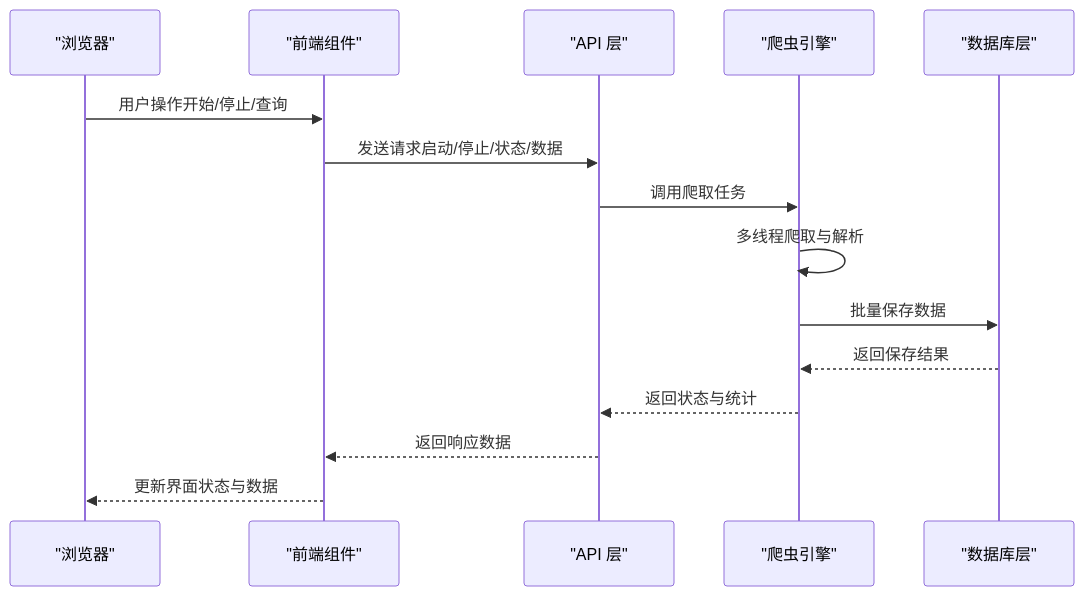
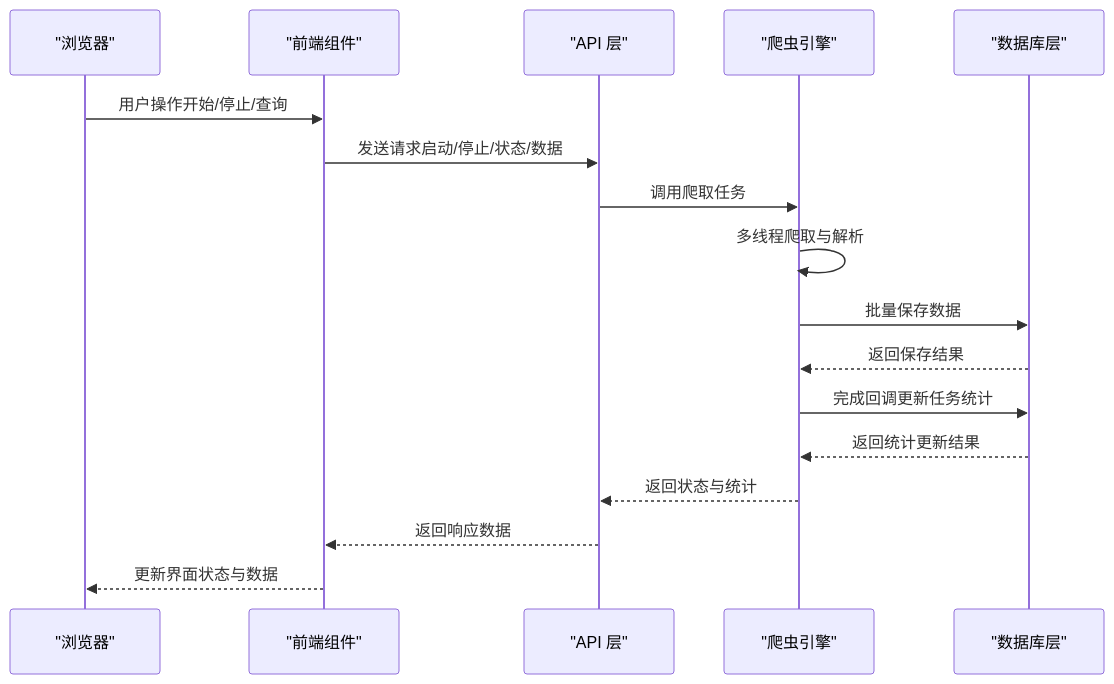
One commit to pxc12345/crawler-vue3 changed the second of 7 diagrams in .qoder/repowiki/zh/content/系统架构/后端架构/爬虫引擎集成.md. Above: the diagram before and after it, drawn with Mermaid. The commit also changed other lines of this file and 12 other files, not shown here.

````diff
--- a/.qoder/repowiki/zh/content/系统架构/后端架构/爬虫引擎集成.md
+++ b/.qoder/repowiki/zh/content/系统架构/后端架构/爬虫引擎集成.md
@@ -112,17 +127,19 @@
 ```mermaid
 sequenceDiagram
 participant Browser as "浏览器"
 participant Frontend as "前端组件"
 participant API as "API 层"
 participant Engine as "爬虫引擎"
 participant DB as "数据库层"
 Browser->>Frontend : 用户操作开始/停止/查询
 Frontend->>API : 发送请求启动/停止/状态/数据
 API->>Engine : 调用爬取任务
 Engine->>Engine : 多线程爬取与解析
 Engine->>DB : 批量保存数据
 DB-->>Engine : 返回保存结果
+Engine->>DB : 完成回调更新任务统计
+DB-->>Engine : 返回统计更新结果
 Engine-->>API : 返回状态与统计
 API-->>Frontend : 返回响应数据
 Frontend-->>Browser : 更新界面状态与数据
 ```
````
